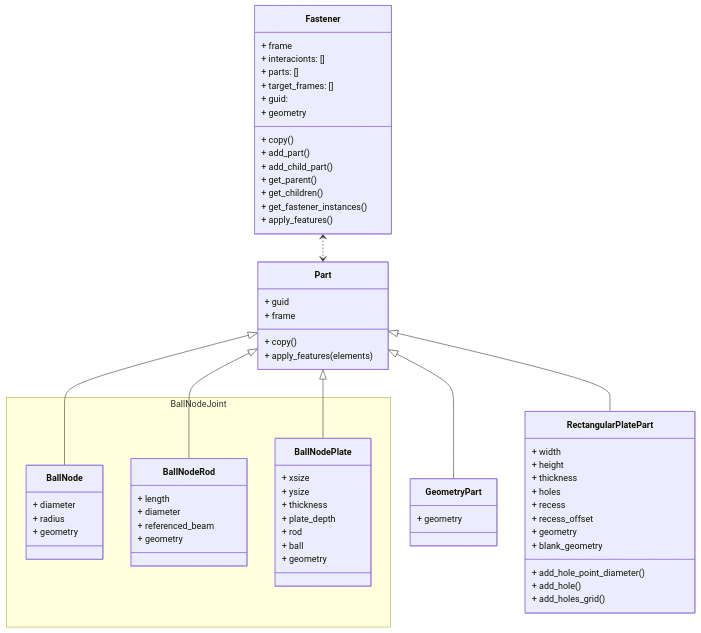
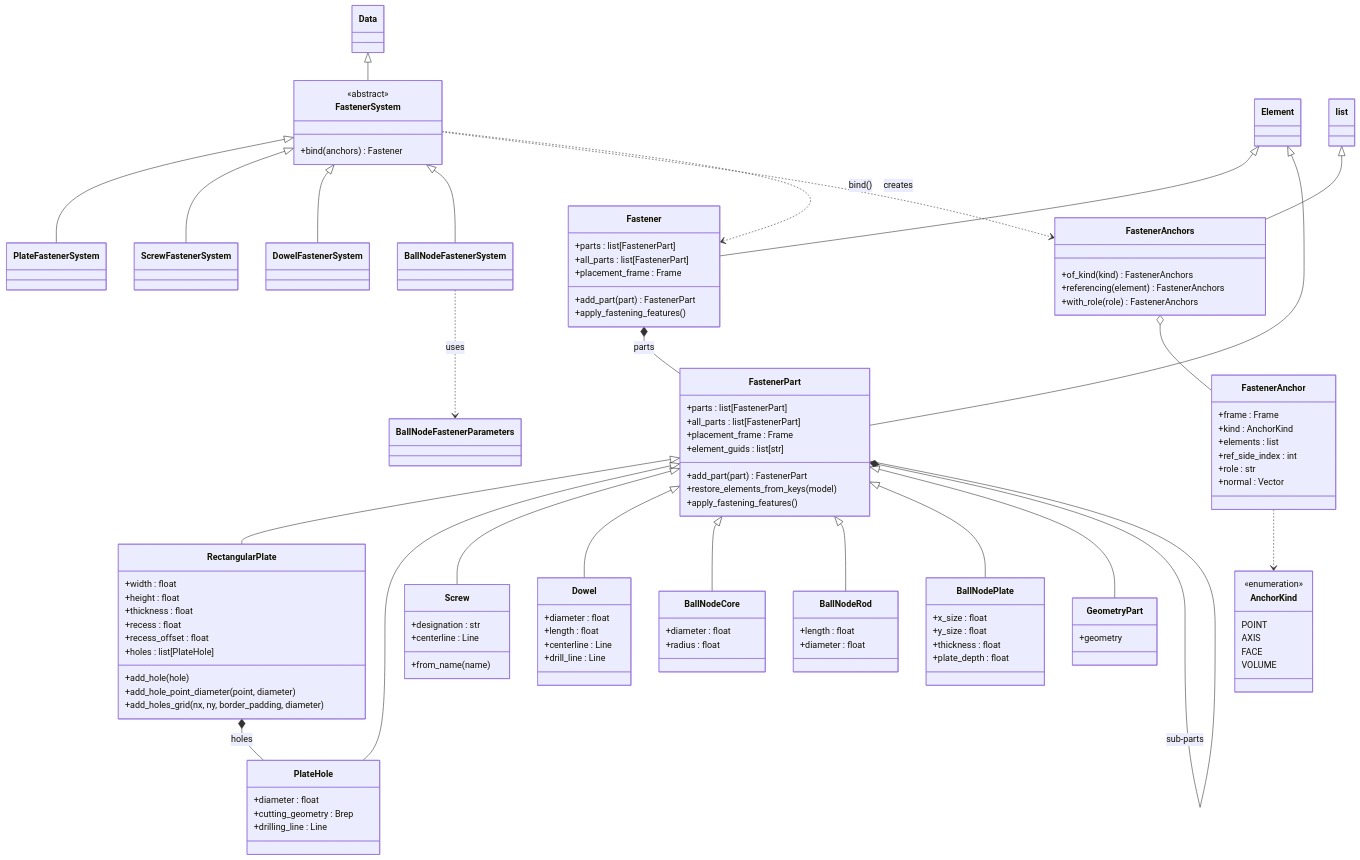
Before and after one commit to gramaziokohler/compas_timber: the fifth of 5 diagrams in docs/contribution/class_diagrams.md, drawn with Mermaid. The commit also changed other lines of this file and 10 other files, not shown here.

````diff
--- a/docs/contribution/class_diagrams.md
+++ b/docs/contribution/class_diagrams.md
@@ -1207,76 +1155,130 @@
 ```mermaid
 classDiagram
 direction TB
-	namespace BallNodeJoint {
-        class BallNode {
-	        + diameter
-	        + radius
-	        + geometry
-        }
 
-        class BallNodeRod {
-	        + length
-	        + diameter
-	        + referenced_beam
-	        + geometry
-        }
+    class FastenerSystem {
+        <<abstract>>
+        +bind(anchors) Fastener
+    }
 
-        class BallNodePlate {
-	        + xsize
-	        + ysize
-	        + thickness
-	        + plate_depth
-	        + rod
-	        + ball
-	        + geometry
-        }
+    class Fastener {
+        +parts : list[FastenerPart]
+        +all_parts : list[FastenerPart]
+        +placement_frame : Frame
+        +add_part(part) FastenerPart
+        +apply_fastening_features()
+    }
 
-	}
-    class Part {
-	    + guid
-	    + frame
-	    + copy()
-	    + apply_features(elements)
+    class FastenerPart {
+        +parts : list[FastenerPart]
+        +all_parts : list[FastenerPart]
+        +placement_frame : Frame
+        +element_guids : list[str]
+        +add_part(part) FastenerPart
+        +restore_elements_from_keys(model)
+        +apply_fastening_features()
+    }
+
+    class FastenerAnchor {
+        +frame : Frame
+        +kind : AnchorKind
+        +elements : list
+        +ref_side_index : int
+        +role : str
+        +normal : Vector
+    }
+
+    class FastenerAnchors {
+        +of_kind(kind) FastenerAnchors
+        +referencing(element) FastenerAnchors
+        +with_role(role) FastenerAnchors
+    }
+
+    class AnchorKind {
+        <<enumeration>>
+        POINT
+        AXIS
+        FACE
+        VOLUME
+    }
+
+    class RectangularPlate {
+        +width : float
+        +height : float
+        +thickness : float
+        +recess : float
+        +recess_offset : float
+        +holes : list[PlateHole]
+        +add_hole(hole)
+        +add_hole_point_diameter(point, diameter)
+        +add_holes_grid(nx, ny, border_padding, diameter)
+    }
+
+    class PlateHole {
+        +diameter : float
+        +cutting_geometry : Brep
+        +drilling_line : Line
+    }
+
+    class Screw {
+        +designation : str
+        +centerline : Line
+        +from_name(name)
+    }
+
+    class Dowel {
+        +diameter : float
+        +length : float
+        +centerline : Line
+        +drill_line : Line
+    }
+
+    class BallNodeCore {
+        +diameter : float
+        +radius : float
+    }
+
+    class BallNodeRod {
+        +length : float
+        +diameter : float
+    }
+
+    class BallNodePlate {
+        +x_size : float
+        +y_size : float
+        +thickness : float
+        +plate_depth : float
     }
 
     class GeometryPart {
-	    + geometry
+        +geometry
     }
 
-    class RectangularPlatePart {
-	    + width
-	    + height
-	    + thickness
-	    + holes
-	    + recess
-	    + recess_offset
-	    + geometry
-	    + blank_geometry
-	    + add_hole_point_diameter()
-	    + add_hole()
-	    + add_holes_grid()
-    }
+    Data <|-- FastenerSystem
+    Element <|-- Fastener
+    Element <|-- FastenerPart
+    list <|-- FastenerAnchors
 
-    class Fastener {
-	    + frame
-	    + interacionts: []
-	    + parts: []
-	    + target_frames: []
-	    + guid:
-	    + geometry
-	    + copy()
-	    + add_part()
-	    + add_child_part()
-	    + get_parent()
-	    + get_children()
-	    + get_fastener_instances()
-	    + apply_features()
-    }
+    FastenerSystem <|-- PlateFastenerSystem
+    FastenerSystem <|-- ScrewFastenerSystem
+    FastenerSystem <|-- DowelFastenerSystem
+    FastenerSystem <|-- BallNodeFastenerSystem
 
-    Part <|-- GeometryPart
-    Part <|-- RectangularPlatePart
-    Part <|-- BallNode
-    Part <|-- BallNodeRod
-    Part <|-- BallNodePlate
-    Fastener <..> Part
+    FastenerPart <|-- RectangularPlate
+    FastenerPart <|-- PlateHole
+    FastenerPart <|-- Screw
+    FastenerPart <|-- Dowel
+    FastenerPart <|-- BallNodeCore
+    FastenerPart <|-- BallNodeRod
+    FastenerPart <|-- BallNodePlate
+    FastenerPart <|-- GeometryPart
+
+    FastenerSystem ..> FastenerAnchors : bind()
+    FastenerSystem ..> Fastener : creates
+    Fastener *-- FastenerPart : parts
+    FastenerPart *-- FastenerPart : sub-parts
+    RectangularPlate *-- PlateHole : holes
+    FastenerAnchors o-- FastenerAnchor
+    FastenerAnchor ..> AnchorKind
+    BallNodeFastenerSystem ..> BallNodeFastenerParameters : uses
 ```
````
